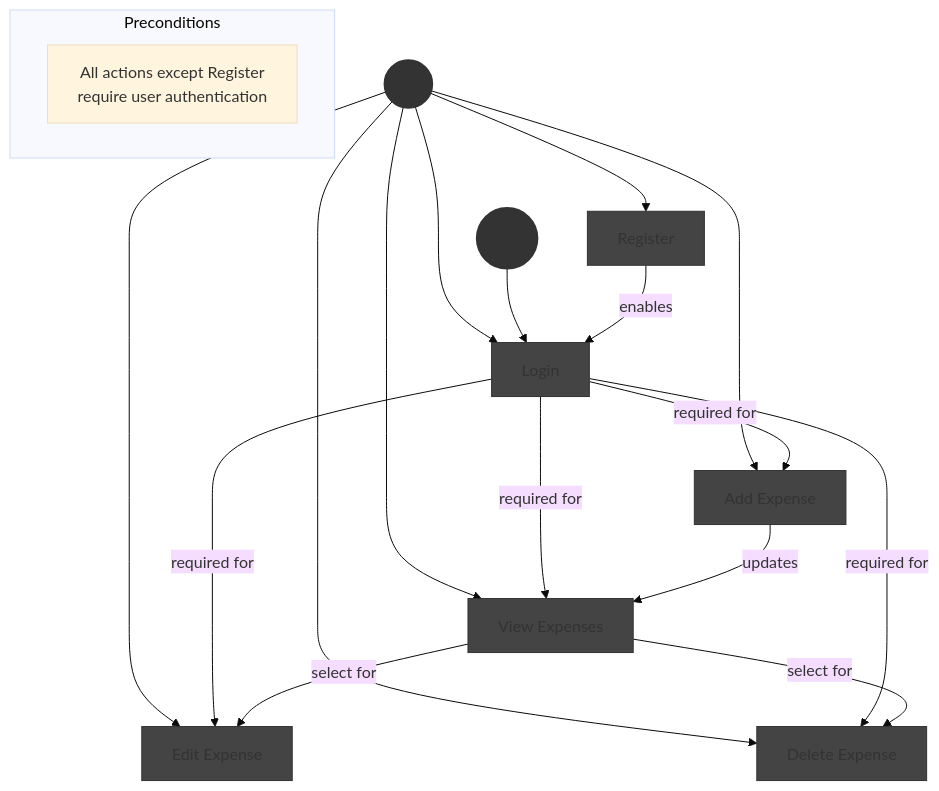
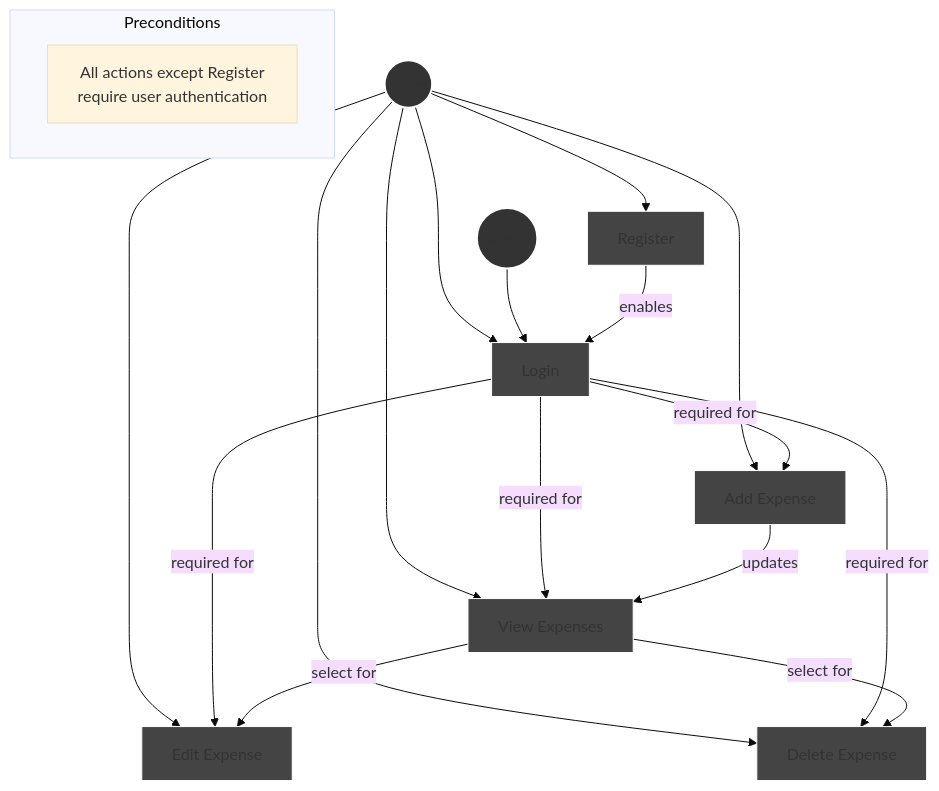
The first of 3 diagrams in docs/design.md (GabrielAlexandratos/2025-SE-GA-JungleLogbook), drawn with Mermaid (base theme) before and after one commit.

Commit message:
ficing colour of design

````diff
--- a/docs/design.md
+++ b/docs/design.md
@@ -7,47 +7,47 @@
 ``` mermaid
 
 flowchart TD
     %% Actors
     User(("User"))
     Admin(("Admin"))
 
     %% Use Cases
     Login["Login"]
     Register["Register"]
     AddExpense["Add Expense"]
     ViewExpenses["View Expenses"]
     EditExpense["Edit Expense"]
     DeleteExpense["Delete Expense"]
 
     %% Actor Relationships
     User --> Login
     User --> Register
     User --> AddExpense
     User --> ViewExpenses
     User --> EditExpense
     User --> DeleteExpense
     Admin --> Login
 
     %% Use Case Dependencies
     Register -->|"enables"| Login
     Login -->|"required for"| AddExpense
     Login -->|"required for"| ViewExpenses
     Login -->|"required for"| EditExpense
     Login -->|"required for"| DeleteExpense
     AddExpense -->|"updates"| ViewExpenses
     ViewExpenses -->|"select for"| EditExpense
     ViewExpenses -->|"select for"| DeleteExpense
 
     %% Styling
-    classDef actor fill:#333,stroke:#333,stroke-width:2px
-    classDef useCase fill:#444,stroke:#333,stroke-width:1px
+    classDef actor fill:#333,stroke:#FFF,stroke-width:2px
+    classDef useCase fill:#444,stroke:#FFF,stroke-width:1px
     class User,Admin actor
     class Login,Register,AddExpense,ViewExpenses,EditExpense,DeleteExpense useCase
 
     %% Notes
     subgraph Preconditions
         note1["All actions except Register
         require user authentication"]
     end
 
 ```
````
